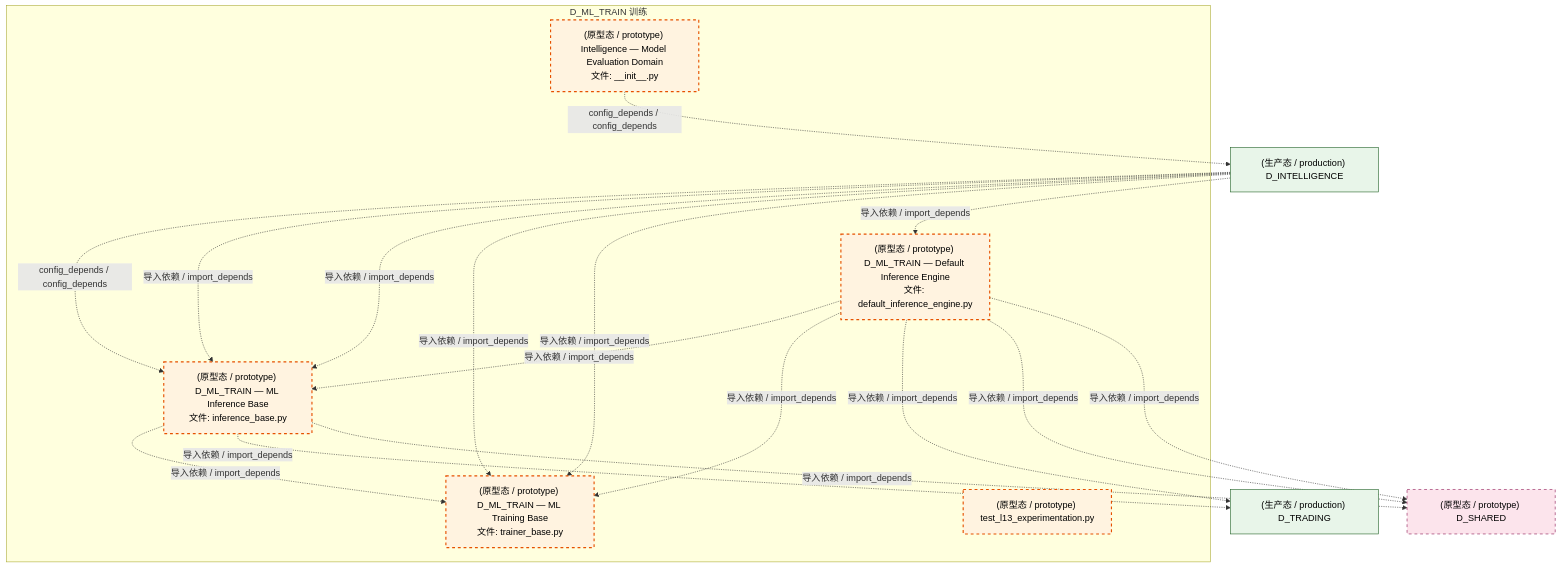
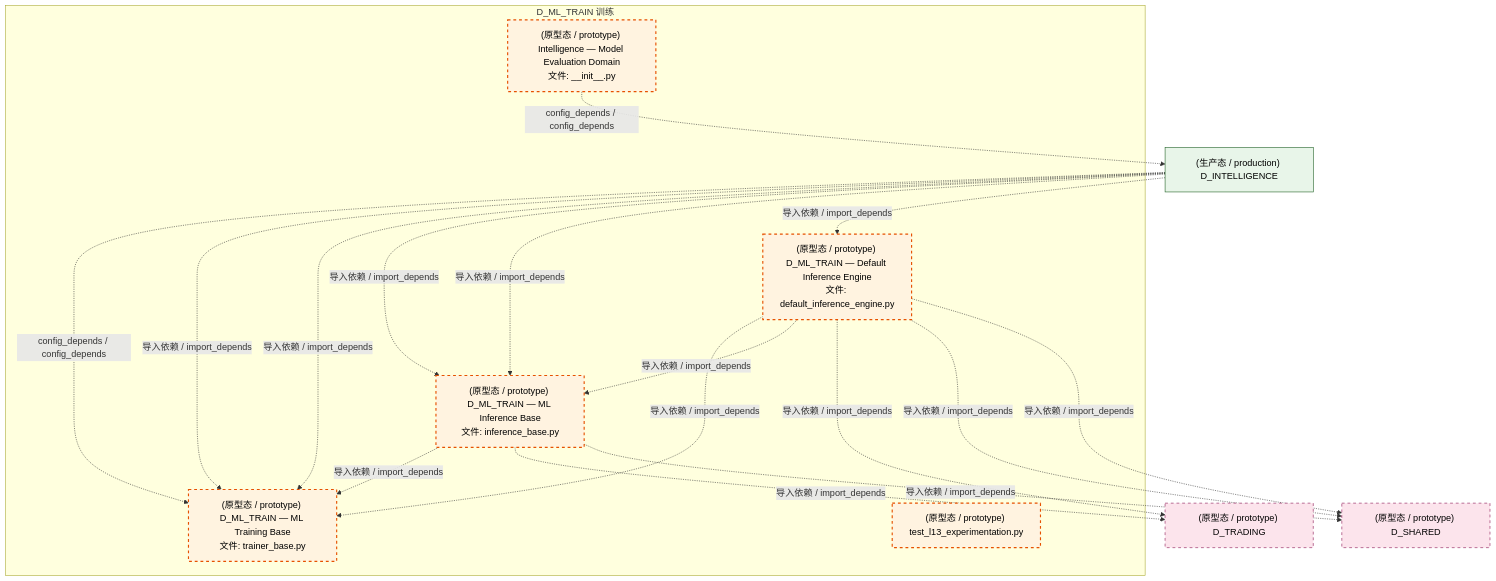
The third of 4 diagrams in docs/02_enterprise_architecture/02_domain_architecture_docs/50_d_ml_train.md (xuanFelixVan/ZephyrAlpha), drawn with Mermaid before and after one commit. The commit also changed other lines of this file and 126 other files, not shown here.

````diff
--- a/docs/02_enterprise_architecture/02_domain_architecture_docs/50_d_ml_train.md
+++ b/docs/02_enterprise_architecture/02_domain_architecture_docs/50_d_ml_train.md
@@ -142,35 +142,35 @@
 ```mermaid
 graph TD
     subgraph D_ML_TRAIN["D_ML_TRAIN 训练"]
         src_zephyr_intelligence_model_evaluation_init_py["(原型态 / prototype) Intelligence — Model Evaluation Domain<br/>文件: __init__.py"]
         src_zephyr_ml_train_implementations_default_inference_engine_py["(原型态 / prototype) D_ML_TRAIN — Default Inference Engine<br/>文件: default_inference_engine.py"]
         src_zephyr_ml_train_inference_base_py["(原型态 / prototype) D_ML_TRAIN — ML Inference Base<br/>文件: inference_base.py"]
         src_zephyr_ml_train_trainer_base_py["(原型态 / prototype) D_ML_TRAIN — ML Training Base<br/>文件: trainer_base.py"]
         tests_ml_experiment_test_l13_experimentation_py["(原型态 / prototype) test_l13_experimentation.py"]
     end
     src_zephyr_ml_train_inference_base_py -.->|导入依赖 / import_depends| src_zephyr_ml_train_trainer_base_py
+    src_zephyr_ml_train_implementations_default_inference_engine_py -.->|导入依赖 / import_depends| src_zephyr_ml_train_trainer_base_py
     src_zephyr_ml_train_implementations_default_inference_engine_py -.->|导入依赖 / import_depends| src_zephyr_ml_train_inference_base_py
-    src_zephyr_ml_train_implementations_default_inference_engine_py -.->|导入依赖 / import_depends| src_zephyr_ml_train_trainer_base_py
     D_INTELLIGENCE["(生产态 / production) D_INTELLIGENCE"]
     src_zephyr_intelligence_model_evaluation_init_py -.->|config_depends / config_depends| D_INTELLIGENCE
-    D_TRADING["(生产态 / production) D_TRADING"]
+    D_TRADING["(原型态 / prototype) D_TRADING"]
     src_zephyr_ml_train_inference_base_py -.->|导入依赖 / import_depends| D_TRADING
     D_SHARED["(原型态 / prototype) D_SHARED"]
     src_zephyr_ml_train_inference_base_py -.->|导入依赖 / import_depends| D_SHARED
     src_zephyr_ml_train_implementations_default_inference_engine_py -.->|导入依赖 / import_depends| D_TRADING
     src_zephyr_ml_train_implementations_default_inference_engine_py -.->|导入依赖 / import_depends| D_SHARED
     src_zephyr_ml_train_implementations_default_inference_engine_py -.->|导入依赖 / import_depends| D_SHARED
-    D_INTELLIGENCE -.->|config_depends / config_depends| src_zephyr_ml_train_inference_base_py
+    D_INTELLIGENCE -.->|config_depends / config_depends| src_zephyr_ml_train_trainer_base_py
+    D_INTELLIGENCE -.->|导入依赖 / import_depends| src_zephyr_ml_train_trainer_base_py
+    D_INTELLIGENCE -.->|导入依赖 / import_depends| src_zephyr_ml_train_trainer_base_py
     D_INTELLIGENCE -.->|导入依赖 / import_depends| src_zephyr_ml_train_inference_base_py
     D_INTELLIGENCE -.->|导入依赖 / import_depends| src_zephyr_ml_train_inference_base_py
-    D_INTELLIGENCE -.->|导入依赖 / import_depends| src_zephyr_ml_train_trainer_base_py
-    D_INTELLIGENCE -.->|导入依赖 / import_depends| src_zephyr_ml_train_trainer_base_py
     D_INTELLIGENCE -.->|导入依赖 / import_depends| src_zephyr_ml_train_implementations_default_inference_engine_py
     classDef production fill:#e1f5fe,stroke:#01579b,stroke-width:2px,color:#000
     classDef design fill:#fff3e0,stroke:#e65100,stroke-width:2px,color:#000,stroke-dasharray: 5 5
     classDef external_prod fill:#e8f5e9,stroke:#1b5e20,stroke-width:1px,color:#000
     classDef external_design fill:#fce4ec,stroke:#880e4f,stroke-width:1px,color:#000,stroke-dasharray: 5 5
     class src_zephyr_intelligence_model_evaluation_init_py,src_zephyr_ml_train_implementations_default_inference_engine_py,src_zephyr_ml_train_inference_base_py,src_zephyr_ml_train_trainer_base_py,tests_ml_experiment_test_l13_experimentation_py design
-    class D_INTELLIGENCE,D_TRADING external_prod
-    class D_SHARED external_design
+    class D_INTELLIGENCE external_prod
+    class D_TRADING,D_SHARED external_design
 ```
````
